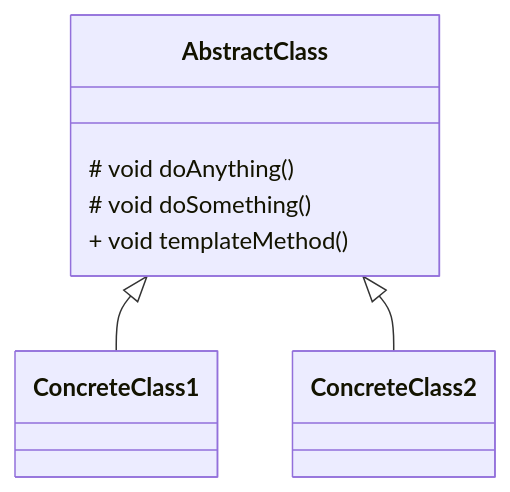
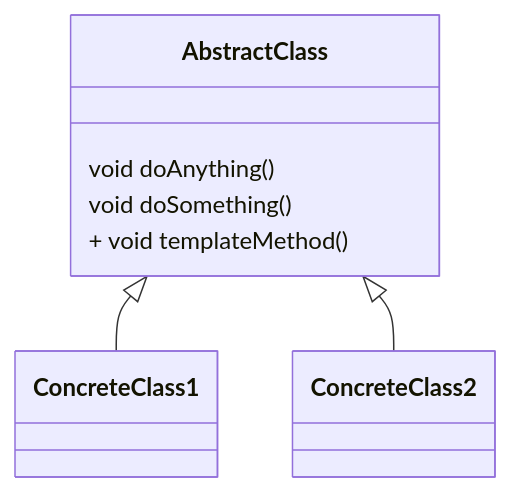
Before and after one commit to hypc-pub/design-patterns: the diagram in patterns/template_method_pattern.md, drawn with Mermaid. The commit also changed 1 other file, not shown here.

Commit message:
template method pattern

````diff
--- a/patterns/template_method_pattern.md
+++ b/patterns/template_method_pattern.md
@@ -8,8 +8,8 @@
 ```mermaid
 classDiagram
     AbstractClass <|-- ConcreteClass1
     AbstractClass <|-- ConcreteClass2
-    AbstractClass : # void doAnything()
-    AbstractClass : # void doSomething()
+    AbstractClass : void doAnything()
+    AbstractClass : void doSomething()
     AbstractClass : + void templateMethod()
 ```
````
